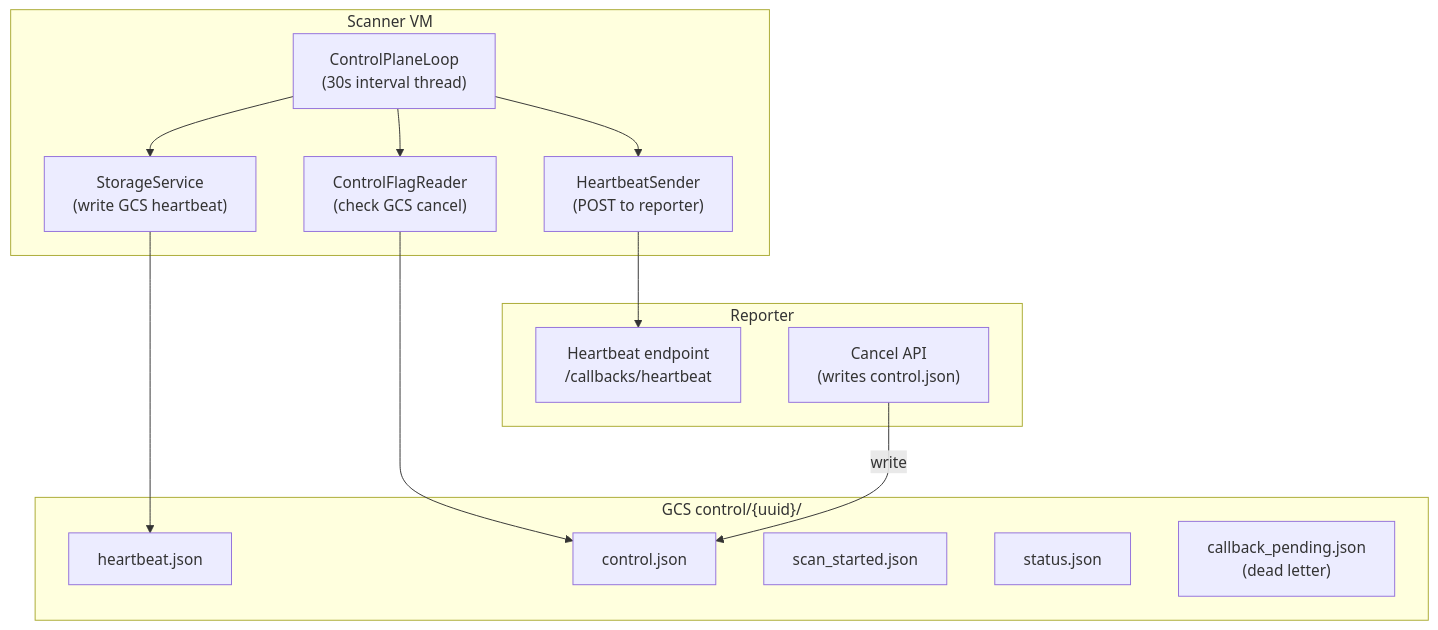
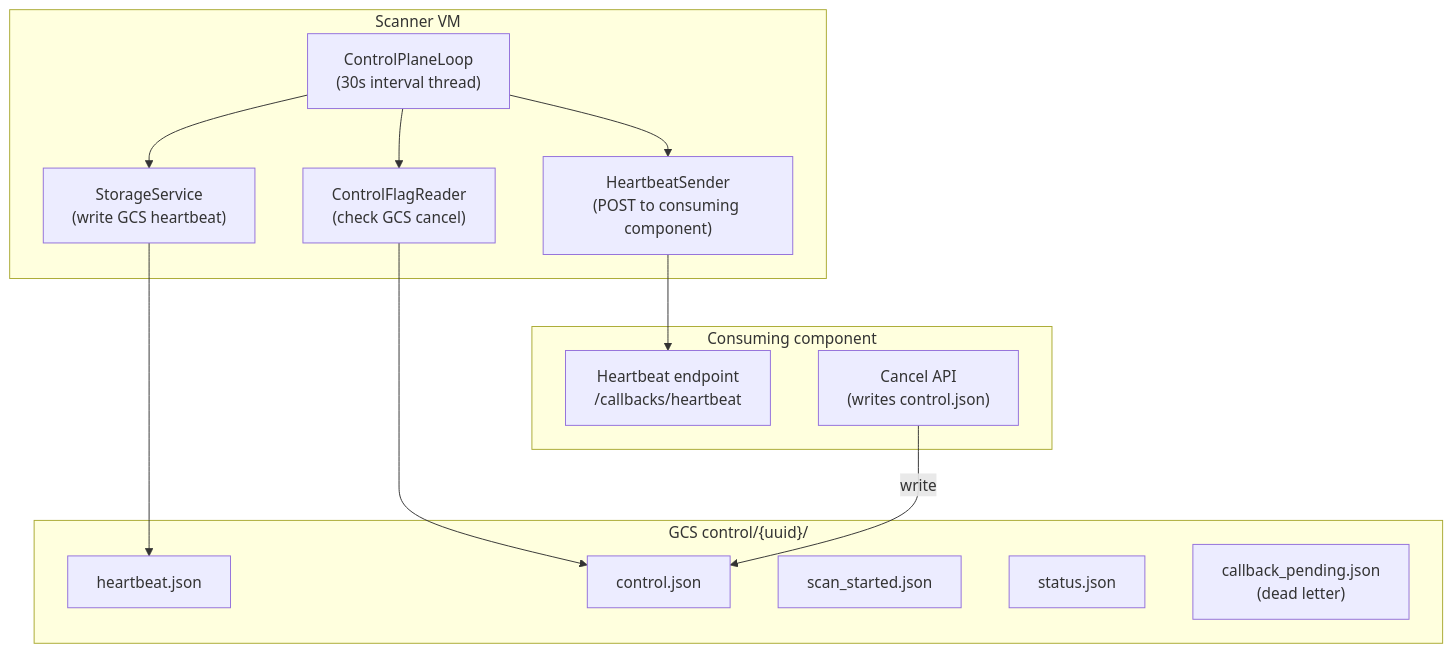
Diagram 11 of 23 in docs/ARCHITECTURE.md (Peregrine-Technology-Systems/peregrine-penetrator-scanner), drawn with Mermaid before and after one commit. The commit also changed other lines of this file, not shown here.

First line of the commit message:
docs: remove system-context topology from ARCHITECTURE.md per review [HELD]

````diff
--- a/docs/ARCHITECTURE.md
+++ b/docs/ARCHITECTURE.md
@@ -483,27 +451,27 @@
 ```mermaid
 graph TB
     subgraph "Scanner VM"
         CPL["ControlPlaneLoop<br/>(30s interval thread)"]
-        HBS["HeartbeatSender<br/>(POST to reporter)"]
+        HBS["HeartbeatSender<br/>(POST to consuming component)"]
         CFR["ControlFlagReader<br/>(check GCS cancel)"]
         SS["StorageService<br/>(write GCS heartbeat)"]
     end
 
     subgraph "GCS control/{uuid}/"
         HB["heartbeat.json"]
         CF["control.json"]
         SS2["scan_started.json"]
         ST["status.json"]
         DL["callback_pending.json<br/>(dead letter)"]
     end
 
-    subgraph "Reporter"
+    subgraph "Consuming component"
         API["Heartbeat endpoint<br/>/callbacks/heartbeat"]
         Cancel["Cancel API<br/>(writes control.json)"]
     end
 
     CPL --> HBS --> API
     CPL --> SS --> HB
     CPL --> CFR --> CF
     Cancel -->|"write"| CF
 ```
````
